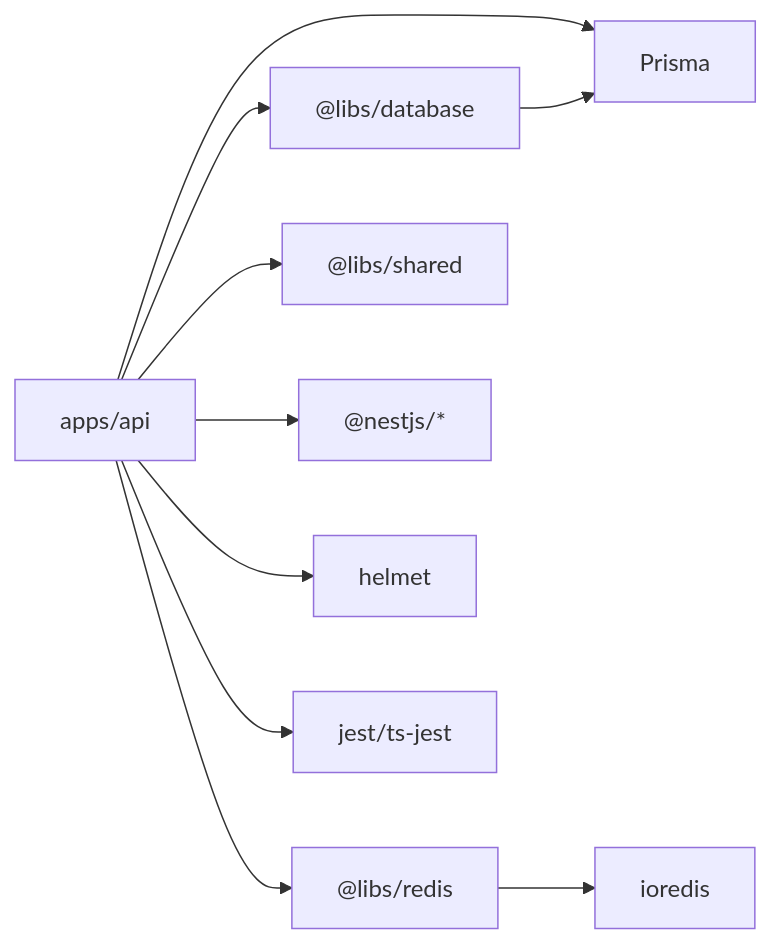
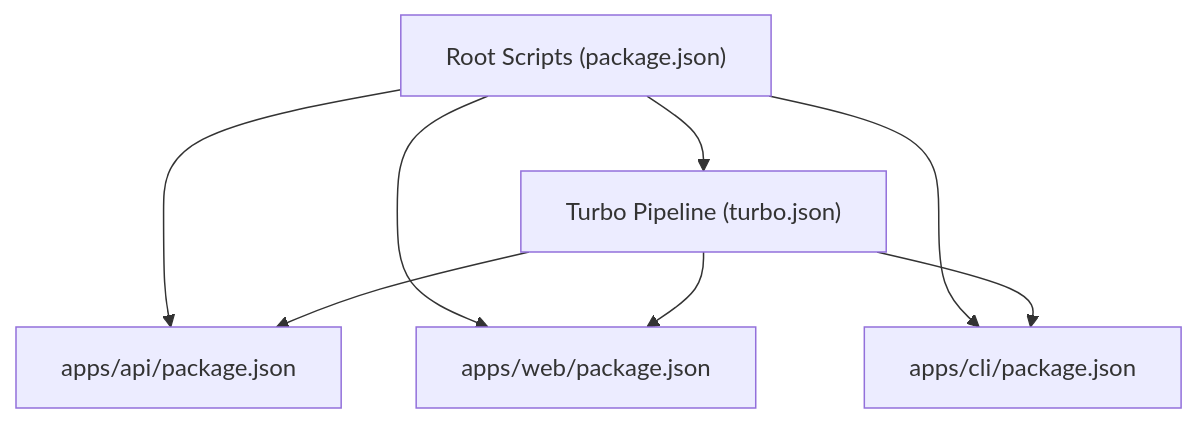
One commit to BAS-More/Quiz2Biz changed the eighth of 8 diagrams in .qoder/repowiki/en/content/Development Guidelines.md. Above: the diagram before and after it, drawn with Mermaid. The commit also changed other lines of this file and 191 other files, not shown here.

````diff
--- a/.qoder/repowiki/en/content/Development Guidelines.md
+++ b/.qoder/repowiki/en/content/Development Guidelines.md
@@ -334,12 +848,15 @@
 ```mermaid
-graph LR
-API["apps/api"] --> DB["@libs/database"]
-API --> RDS["@libs/redis"]
-API --> SHD["@libs/shared"]
-API --> NEST["@nestjs/*"]
-API --> PRISMA["Prisma"]
-API --> HELMET["helmet"]
-API --> JEST["jest/ts-jest"]
-DB --> PRISMA
-RDS --> REDIS["ioredis"]
+graph TB
+ROOT["Root Scripts (package.json)"]
+TURBO["Turbo Pipeline (turbo.json)"]
+API_PKG["apps/api/package.json"]
+WEB_PKG["apps/web/package.json"]
+CLI_PKG["apps/cli/package.json"]
+ROOT --> TURBO
+ROOT --> API_PKG
+ROOT --> WEB_PKG
+ROOT --> CLI_PKG
+TURBO --> API_PKG
+TURBO --> WEB_PKG
+TURBO --> CLI_PKG
 ```
````
